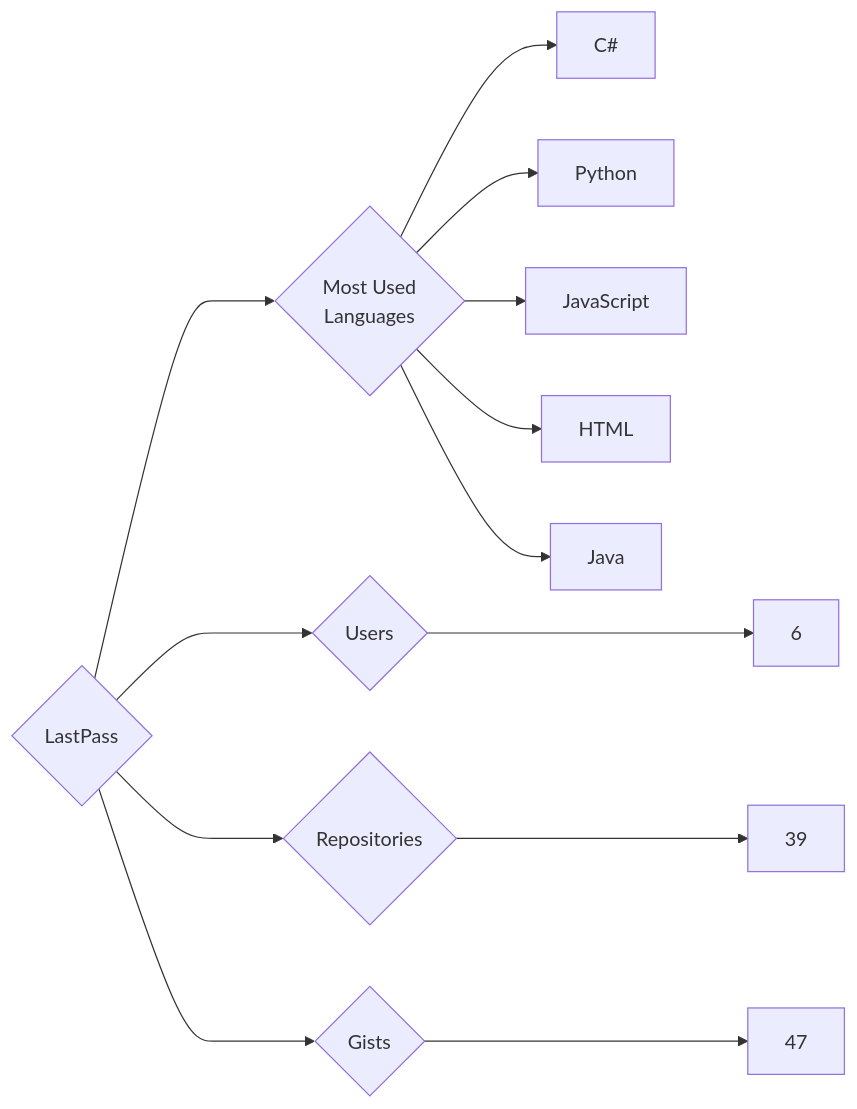
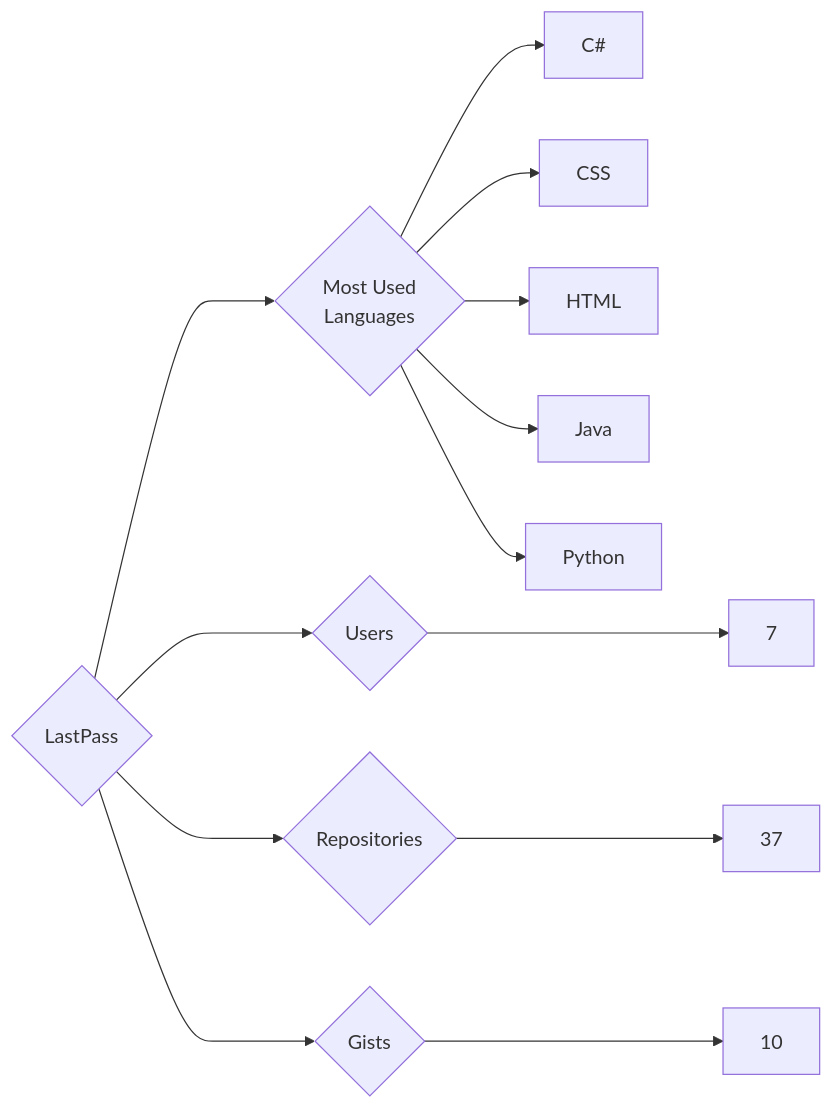
The diagram in targets/LastPass/README.md (trickest/insiders), drawn with Mermaid before and after one commit. The commit also changed 777 other files, not shown here.

````diff
--- a/targets/LastPass/README.md
+++ b/targets/LastPass/README.md
@@ -3,13 +3,13 @@
 ```mermaid
 graph LR
 COMPANY_NAME{LastPass}
-COMPANY_NAME ---> U{Users} ---> UN[6]
-COMPANY_NAME ---> R{Repositories} ---> RN[39]
-COMPANY_NAME ---> G{Gists} ---> GN[47]
+COMPANY_NAME ---> U{Users} ---> UN[7]
+COMPANY_NAME ---> R{Repositories} ---> RN[37]
+COMPANY_NAME ---> G{Gists} ---> GN[10]
 COMPANY_NAME ---> ML{Most Used<br>Languages}
 ML --> C#[C#]
-ML --> Python[Python]
-ML --> JavaScript[JavaScript]
+ML --> CSS[CSS]
 ML --> HTML[HTML]
 ML --> Java[Java]
+ML --> Python[Python]
 ```
````
